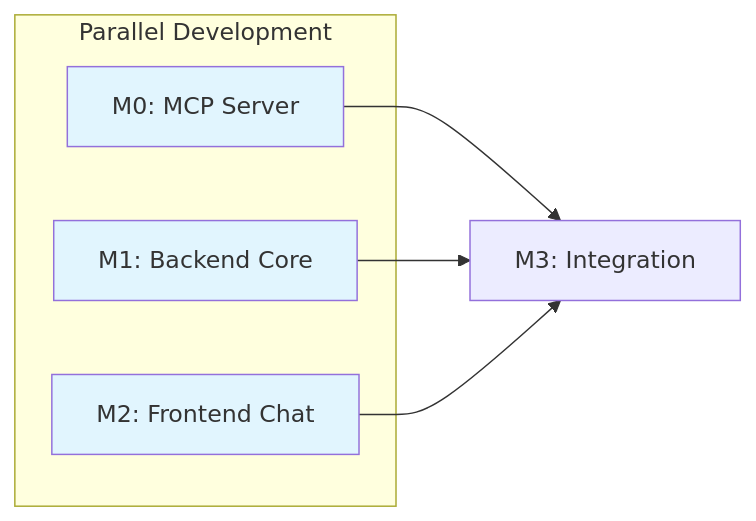
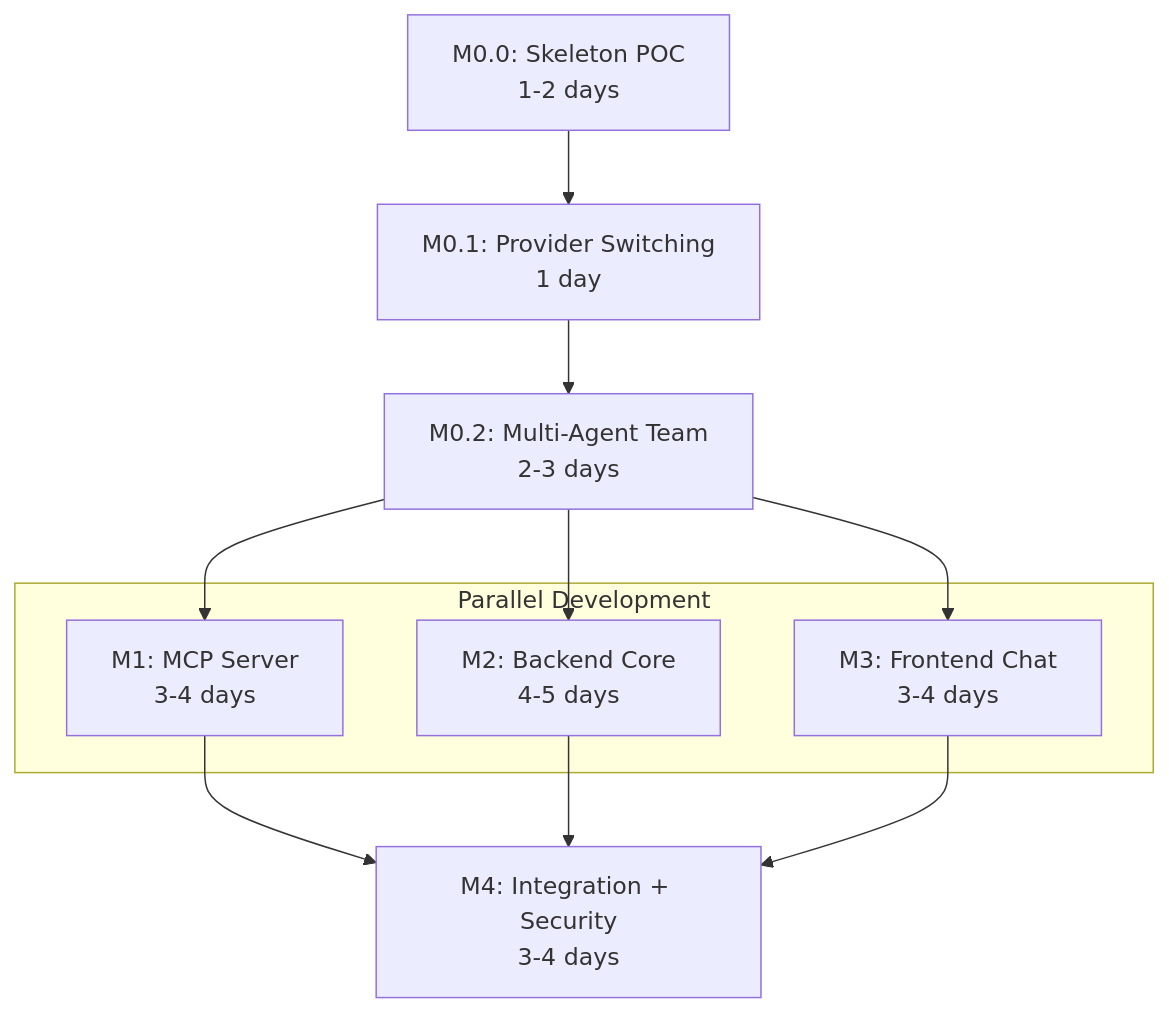
The diagram in specs/OGC-070-catalyst-assistant/plan.md (DIGI-UW/OpenELIS-Global-2), drawn with Mermaid before and after one commit. The commit also changed other lines of this file and 3 other files, not shown here.

````diff
--- a/specs/OGC-070-catalyst-assistant/plan.md
+++ b/specs/OGC-070-catalyst-assistant/plan.md
@@ -256,16 +391,17 @@
 ```mermaid
-graph LR
-    M0[M0: MCP Server] --> M3[M3: Integration]
-    M1[M1: Backend Core] --> M3
-    M2[M2: Frontend Chat] --> M3
+graph TD
+    M00["M0.0: Skeleton POC<br/>1-2 days"] --> M01["M0.1: Provider Switching<br/>1 day"]
+    M01 --> M02["M0.2: Multi-Agent Team<br/>2-3 days"]
+    M02 --> M1["M1: MCP Server<br/>3-4 days"]
+    M02 --> M2["M2: Backend Core<br/>4-5 days"]
+    M02 --> M3["M3: Frontend Chat<br/>3-4 days"]
+    M1 --> M4["M4: Integration + Security<br/>3-4 days"]
+    M2 --> M4
+    M3 --> M4
 
-    style M0 fill:#e1f5fe
-    style M1 fill:#e1f5fe
-    style M2 fill:#e1f5fe
-
-    subgraph "Parallel Development"
-        M0
+    subgraph parallel ["Parallel Development"]
         M1
         M2
+        M3
     end
 ```
````
